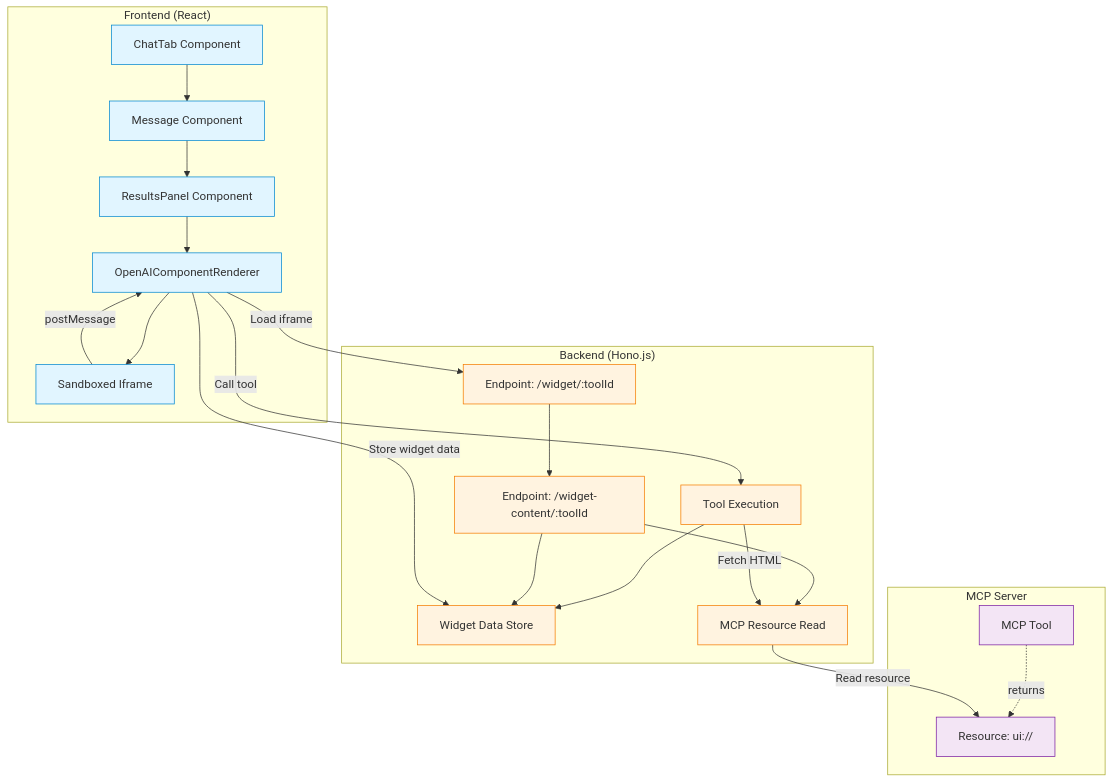
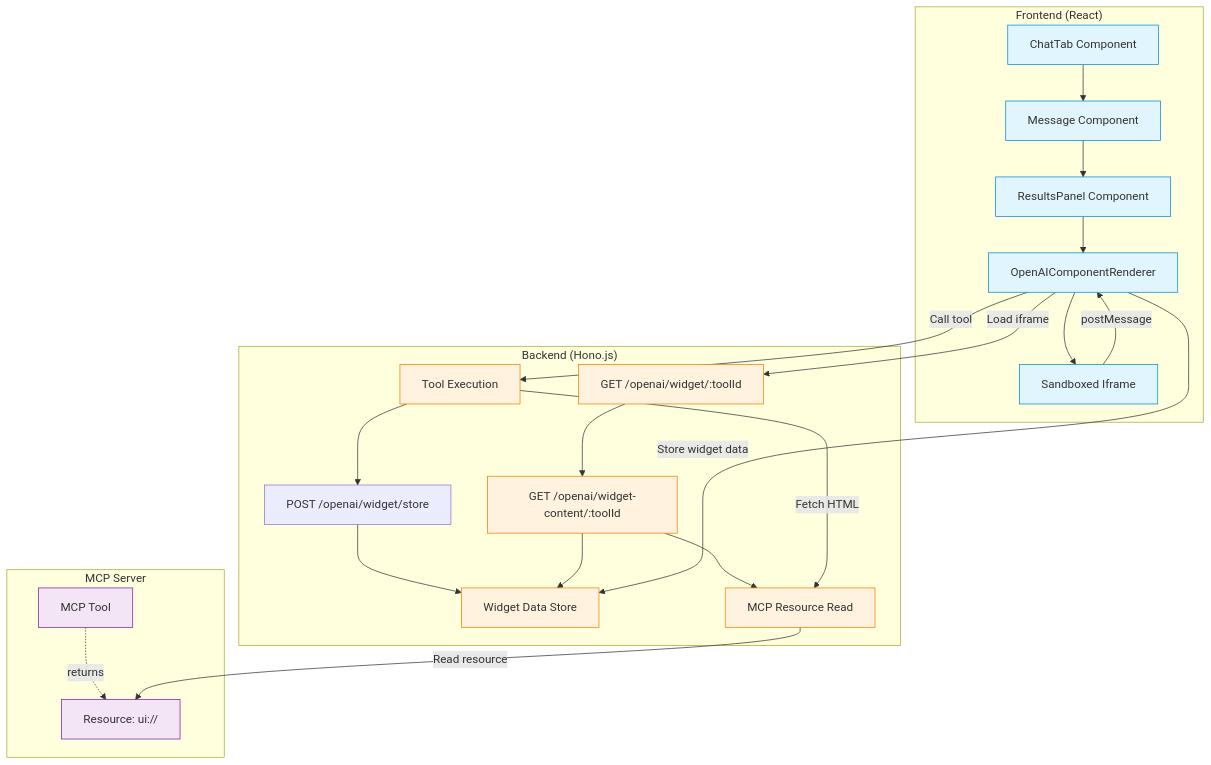
The first of 5 diagrams in docs/contributing/openai-sdk-architecture.mdx (MCPJam/inspector), drawn with Mermaid before and after one commit.

````diff
--- a/docs/contributing/openai-sdk-architecture.mdx
+++ b/docs/contributing/openai-sdk-architecture.mdx
@@ -27,50 +27,52 @@
 ```mermaid
 graph TB
     subgraph Frontend["Frontend (React)"]
         Chat[ChatTab Component]
         Message[Message Component]
         Results[ResultsPanel Component]
         Renderer[OpenAIComponentRenderer]
         Iframe[Sandboxed Iframe]
 
         Chat --> Message
         Message --> Results
         Results --> Renderer
         Renderer --> Iframe
     end
 
     subgraph Backend["Backend (Hono.js)"]
         ToolExec[Tool Execution]
         Storage[Widget Data Store]
-        WidgetEndpoint["Endpoint: /widget/:toolId"]
-        ContentEndpoint["Endpoint: /widget-content/:toolId"]
+        StoreEndpoint["POST /openai/widget/store"]
+        WidgetEndpoint["GET /openai/widget/:toolId"]
+        ContentEndpoint["GET /openai/widget-content/:toolId"]
         MCPRead[MCP Resource Read]
 
-        ToolExec --> Storage
+        ToolExec --> StoreEndpoint
+        StoreEndpoint --> Storage
         WidgetEndpoint --> ContentEndpoint
         ContentEndpoint --> Storage
         ContentEndpoint --> MCPRead
     end
 
     subgraph MCPServer["MCP Server"]
         Tool[MCP Tool]
         Resource["Resource: ui://"]
 
         Tool -.returns.-> Resource
     end
 
     Renderer -->|Store widget data| Storage
     Renderer -->|Load iframe| WidgetEndpoint
     Iframe -->|postMessage| Renderer
     Renderer -->|Call tool| ToolExec
     ToolExec -->|Fetch HTML| MCPRead
     MCPRead -->|Read resource| Resource
 
     classDef frontend fill:#e1f5ff,stroke:#0288d1
     classDef backend fill:#fff3e0,stroke:#f57c00
     classDef mcp fill:#f3e5f5,stroke:#7b1fa2
 
     class Chat,Message,Results,Renderer,Iframe frontend
     class ToolExec,Storage,WidgetEndpoint,ContentEndpoint,MCPRead backend
     class Tool,Resource mcp
 ```
````
